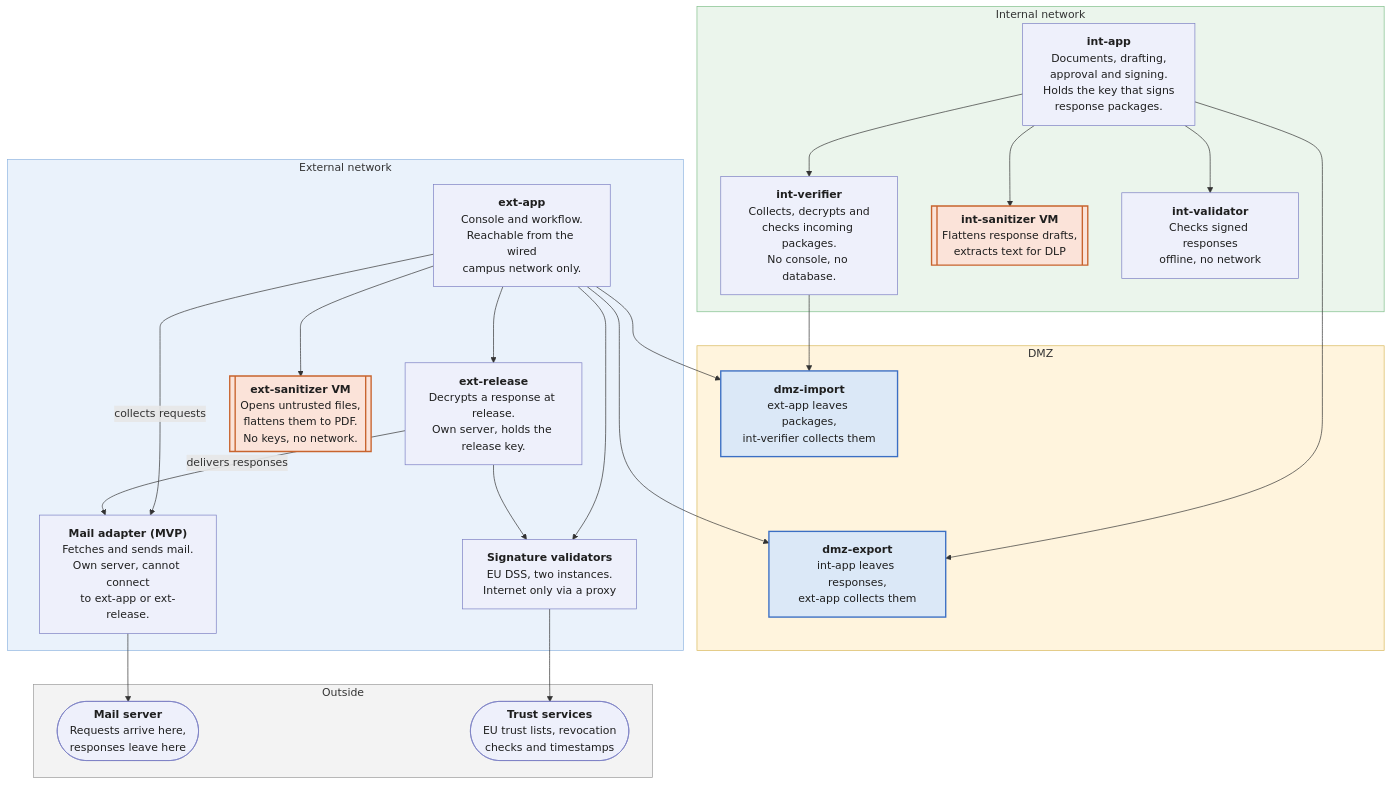
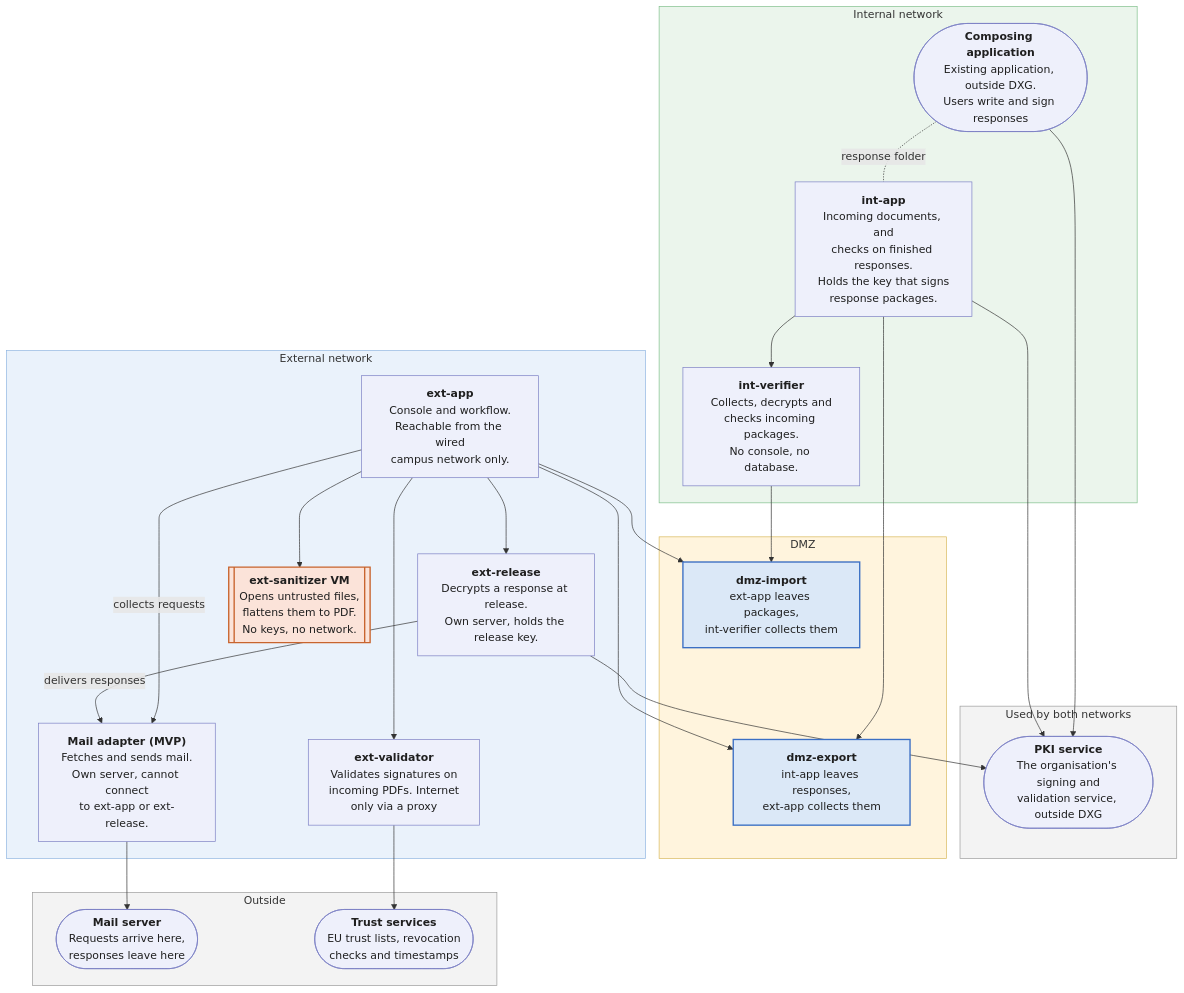
One commit to tgivslife/dxg-document-gateway changed the diagram in document-exchange-proposal.md. Above: the diagram before and after it, drawn with Mermaid. The commit also changed other lines of this file and 5 other files, not shown here.

````diff
--- a/document-exchange-proposal.md
+++ b/document-exchange-proposal.md
@@ -28,60 +28,65 @@
 ```mermaid
 flowchart TB
     accDescr: DXG parts by network zone. Arrows point from the side that opens the connection, and both networks connect out to the DMZ.
 
     subgraph INT["Internal network"]
-        IAPP["<b>int-app</b><br/>Documents, drafting,<br/>approval and signing.<br/>Holds the key that signs<br/>response packages."]
+        COMPOSE(["<b>Composing application</b><br/>Existing application, outside DXG.<br/>Users write and sign responses"])
+        IAPP["<b>int-app</b><br/>Incoming documents, and<br/>checks on finished responses.<br/>Holds the key that signs<br/>response packages."]
         IVER["<b>int-verifier</b><br/>Collects, decrypts and<br/>checks incoming packages.<br/>No console, no database."]
-        ISAN[["<b>int-sanitizer VM</b><br/>Flattens response drafts,<br/>extracts text for DLP"]]
-        IVAL["<b>int-validator</b><br/>Checks signed responses<br/>offline, no network"]
+    end
+
+    subgraph SHARED["Used by both networks"]
+        PKI(["<b>PKI service</b><br/>The organisation's signing and<br/>validation service, outside DXG"])
     end
 
     subgraph DMZ["DMZ"]
         IMP["<b>dmz-import</b><br/>ext-app leaves packages,<br/>int-verifier collects them"]
         EXP["<b>dmz-export</b><br/>int-app leaves responses,<br/>ext-app collects them"]
     end
 
     subgraph EXT["External network"]
         CORE["<b>ext-app</b><br/>Console and workflow.<br/>Reachable from the wired<br/>campus network only."]
         REL["<b>ext-release</b><br/>Decrypts a response at release.<br/>Own server, holds the release key."]
         ADAPTER["<b>Mail adapter (MVP)</b><br/>Fetches and sends mail.<br/>Own server, cannot connect<br/>to ext-app or ext-release."]
         SAN[["<b>ext-sanitizer VM</b><br/>Opens untrusted files,<br/>flattens them to PDF.<br/>No keys, no network."]]
-        VAL["<b>Signature validators</b><br/>EU DSS, two instances.<br/>Internet only via a proxy"]
+        VAL["<b>ext-validator</b><br/>Validates signatures on<br/>incoming PDFs. Internet<br/>only via a proxy"]
     end
 
     subgraph NET["Outside"]
         MAIL(["<b>Mail server</b><br/>Requests arrive here,<br/>responses leave here"])
         TRUST(["<b>Trust services</b><br/>EU trust lists, revocation<br/>checks and timestamps"])
     end
 
     %% Each arrow points from the side that opens the connection.
     IVER --> IMP
     IAPP --> IVER
     IAPP --> EXP
-    IAPP --> ISAN
-    IAPP --> IVAL
+    COMPOSE -. "response folder" .- IAPP
+    COMPOSE --> PKI
+    IAPP --> PKI
     CORE --> IMP
     CORE --> EXP
     CORE --> SAN
     CORE --> VAL
     CORE -->|"collects requests"| ADAPTER
     REL -->|"delivers responses"| ADAPTER
     CORE --> REL
-    REL --> VAL
+    REL --> PKI
     ADAPTER --> MAIL
     VAL --> TRUST
 
     %% Layout only: stack the DMZ hosts so no line runs between them.
     IMP ~~~ EXP
 
     classDef part fill:#eef0fb,stroke:#7b7fc4,color:#1f1f1f
     classDef vm fill:#fbe3d9,stroke:#c8642e,stroke-width:2px,color:#1f1f1f
     classDef dmz fill:#dbe8f7,stroke:#3b6fc4,stroke-width:2px,color:#1f1f1f
-    class MAIL,TRUST,ADAPTER,CORE,REL,VAL,IAPP,IVAL,IVER part
-    class SAN,ISAN vm
+    class MAIL,TRUST,ADAPTER,CORE,REL,VAL,IAPP,IVER,PKI,COMPOSE part
+    class SAN vm
     class IMP,EXP dmz
     style NET fill:#f3f3f3,stroke:#9a9a9a
+    style SHARED fill:#f3f3f3,stroke:#9a9a9a
     style EXT fill:#eaf2fb,stroke:#8fb4e0
     style DMZ fill:#fff4dd,stroke:#d8b85a
     style INT fill:#ebf5ec,stroke:#7fbf8a
 ```
````
